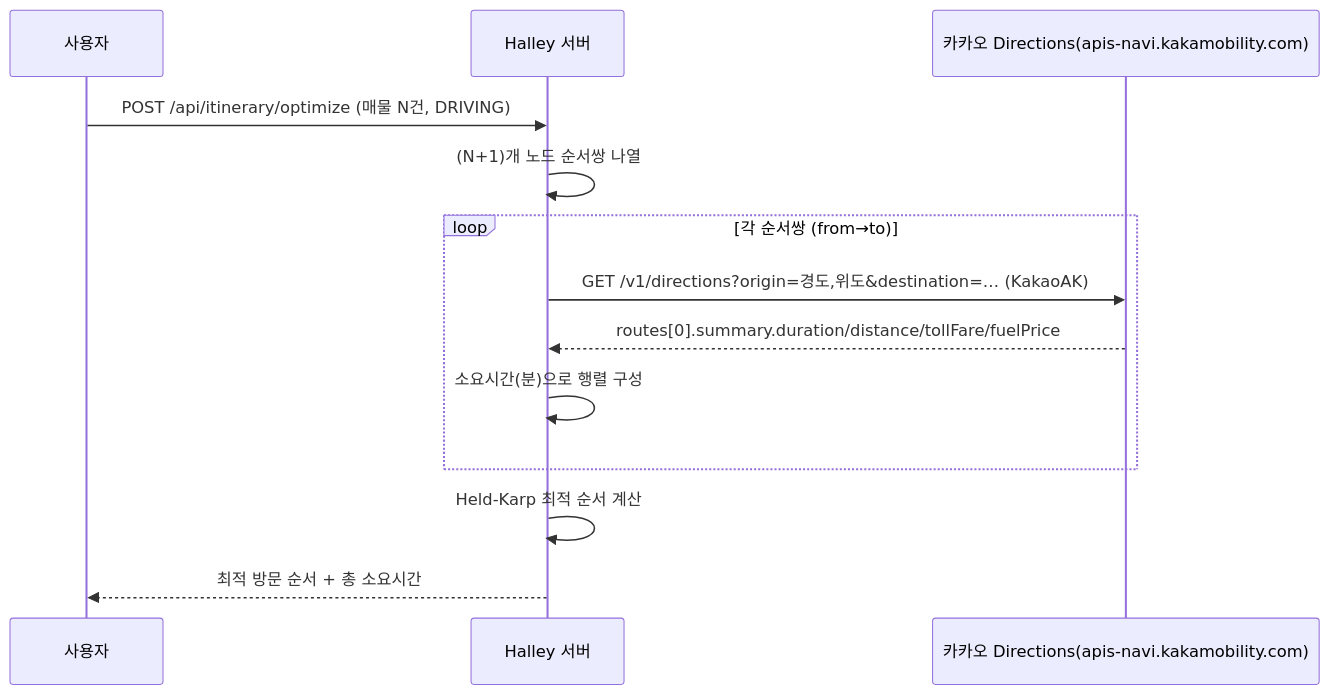
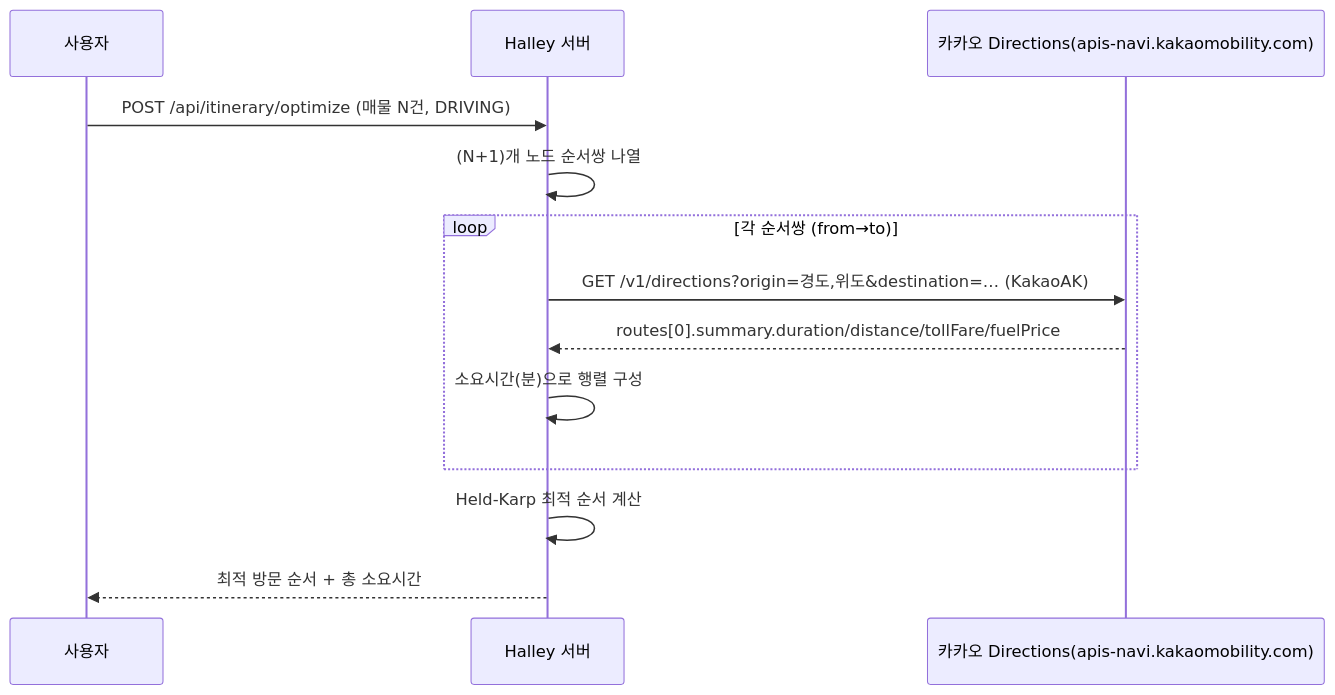
Before and after one commit to lyvius2/halley: the second of 5 diagrams in docs/INTERFACE_MANUAL.md, drawn with Mermaid. The commit also changed other lines of this file and 31 other files, not shown here.

````diff
--- a/docs/INTERFACE_MANUAL.md
+++ b/docs/INTERFACE_MANUAL.md
@@ -119,16 +119,16 @@
 ```mermaid
 sequenceDiagram
     participant U as 사용자
     participant S as Halley 서버
-    participant D as 카카오 Directions(apis-navi.kakamobility.com)
+    participant D as 카카오 Directions(apis-navi.kakaomobility.com)
 
     U->>S: POST /api/itinerary/optimize (매물 N건, DRIVING)
     S->>S: (N+1)개 노드 순서쌍 나열
     loop 각 순서쌍 (from→to)
         S->>D: GET /v1/directions?origin=경도,위도&destination=… (KakaoAK)
         D-->>S: routes[0].summary.duration/distance/tollFare/fuelPrice
         S->>S: 소요시간(분)으로 행렬 구성
     end
     S->>S: Held-Karp 최적 순서 계산
     S-->>U: 최적 방문 순서 + 총 소요시간
 ```
````
